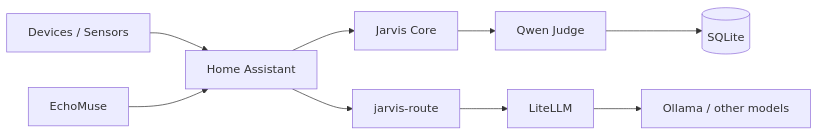
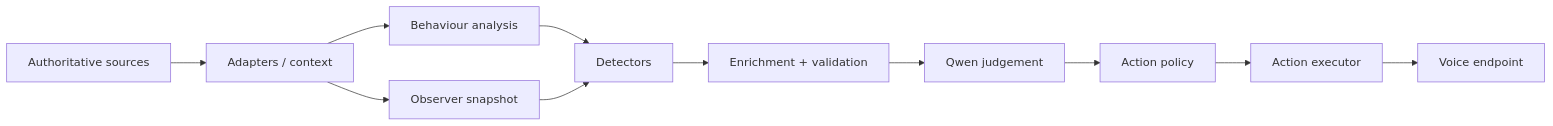
Before and after one commit to steverhysjenks/jarvis-core-observer: the diagram in docs/architecture.md, drawn with Mermaid. The commit also changed other lines of this file and 89 other files, not shown here.

````diff
--- a/docs/architecture.md
+++ b/docs/architecture.md
@@ -7,11 +9,13 @@
 ```mermaid
 flowchart LR
-    S[Devices / Sensors] --> HA[Home Assistant]
-    HA --> JC[Jarvis Core]
-    JC --> Q[Qwen Judge]
-    Q --> DB[(SQLite)]
-    HA --> JR[jarvis-route]
-    JR --> LL[LiteLLM]
-    LL --> O[Ollama / other models]
-    EM[EchoMuse] --> HA
+    S[Authoritative sources] --> A[Adapters / context]
+    A --> B[Behaviour analysis]
+    A --> O[Observer snapshot]
+    B --> D[Detectors]
+    O --> D
+    D --> E[Enrichment + validation]
+    E --> Q[Qwen judgement]
+    Q --> P[Action policy]
+    P --> X[Action executor]
+    X --> V[Voice endpoint]
 ```
````
